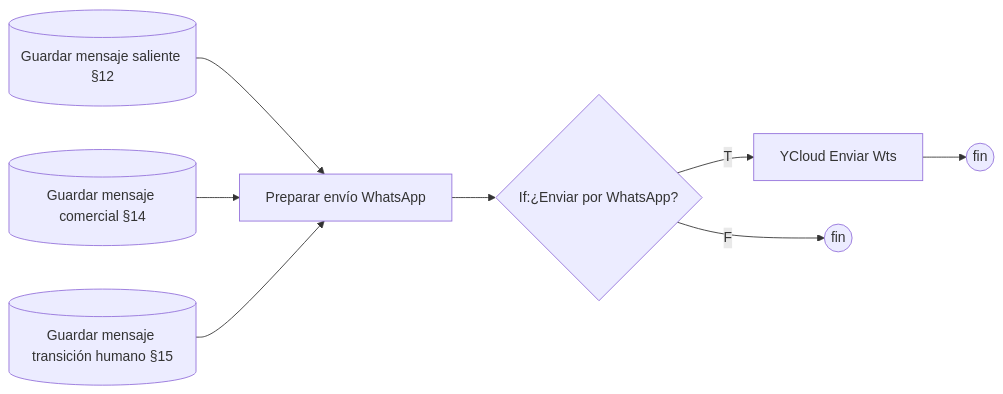
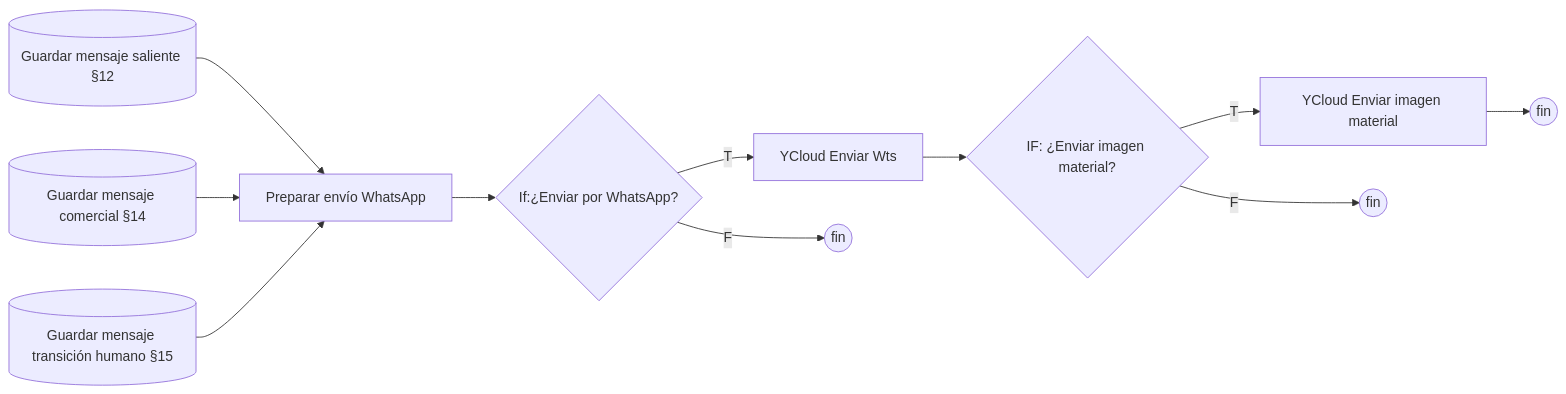
Before and after one commit to Theborycuas/pegaso-n8n: diagram 15 of 15 in docs/FLUJO-WORKFLOW-PEGASO.md, drawn with Mermaid. The commit also changed other lines of this file and 8 other files, not shown here.

````diff
--- a/docs/FLUJO-WORKFLOW-PEGASO.md
+++ b/docs/FLUJO-WORKFLOW-PEGASO.md
@@ -550,9 +551,11 @@
 ```mermaid
 flowchart LR
     GMS[(Guardar mensaje saliente §12)] --> PEW[Preparar envío WhatsApp]
     GMC[(Guardar mensaje comercial §14)] --> PEW
     GMT[(Guardar mensaje transición humano §15)] --> PEW
     PEW --> EW{If:¿Enviar por WhatsApp?}
-    EW -->|T| YS[YCloud Enviar Wts] --> F1((fin))
+    EW -->|T| YS[YCloud Enviar Wts] --> EI{IF: ¿Enviar imagen material?}
+    EI -->|T| YI[YCloud Enviar imagen material] --> F1((fin))
+    EI -->|F| F3((fin))
     EW -->|F| F2((fin))
 ```
````
